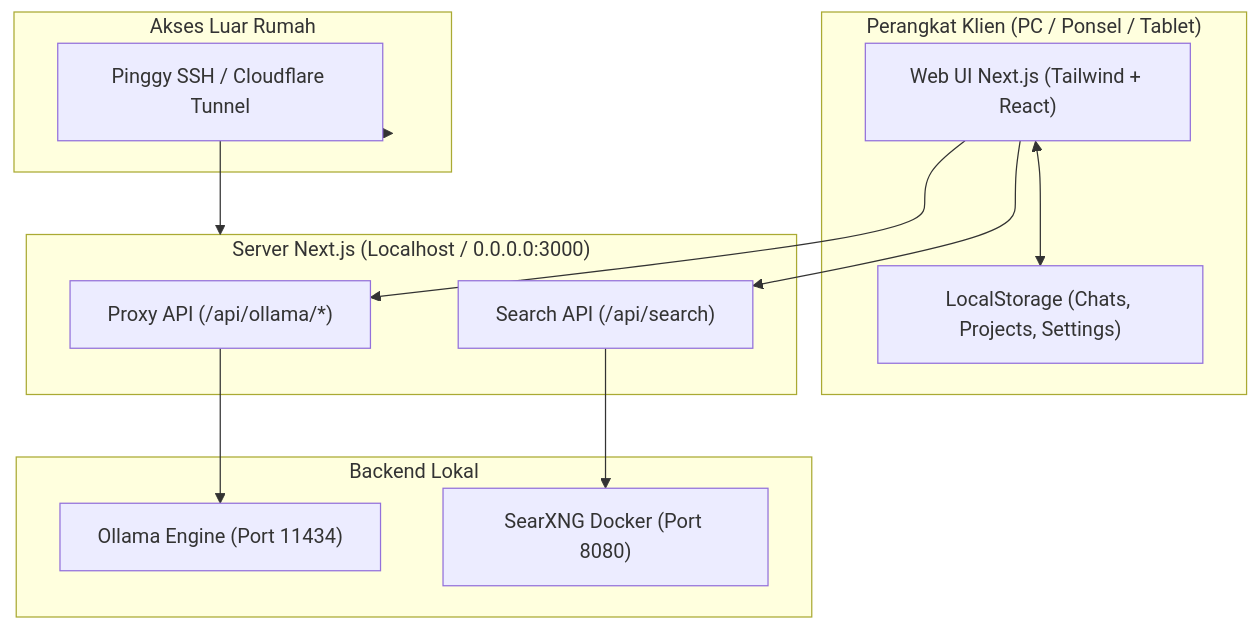
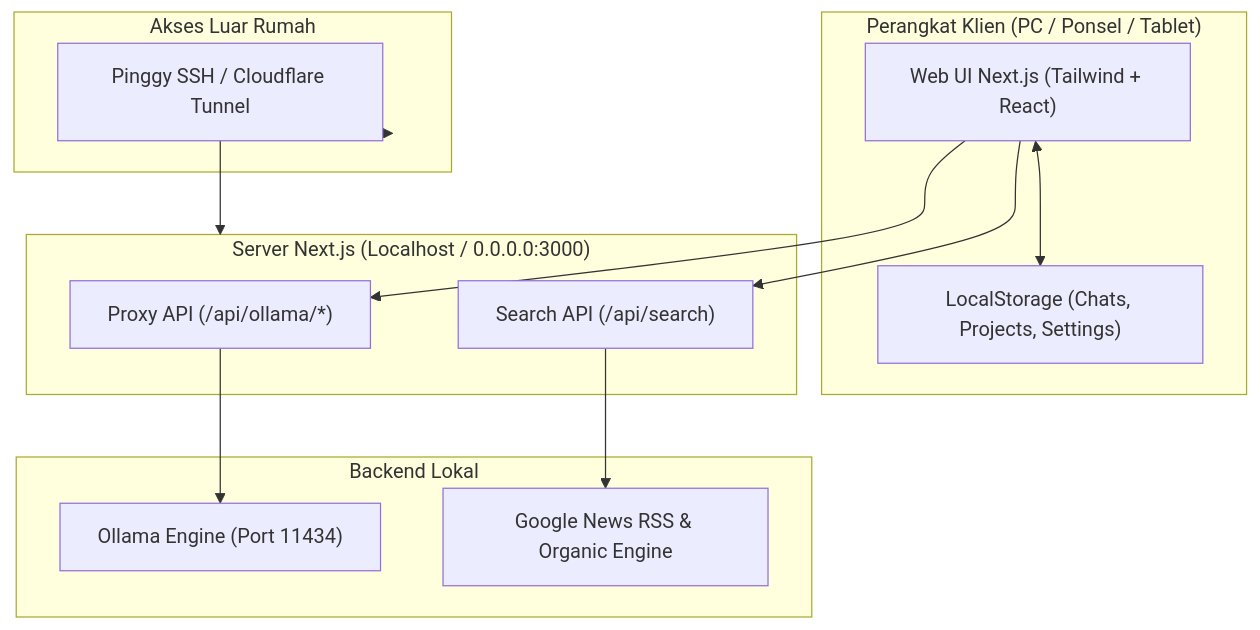
The diagram in DOCUMENTATION.md (p3nr0s3/castalia), drawn with Mermaid before and after one commit. The commit also changed other lines of this file and 10 other files, not shown here.

Commit message:
feat(search): upgrade precision engine with Google News RSS, strip pronouns, and purge SearXNG

````diff
--- a/DOCUMENTATION.md
+++ b/DOCUMENTATION.md
@@ -141,26 +141,26 @@
 ```mermaid
 graph TD
     subgraph Klien ["Perangkat Klien (PC / Ponsel / Tablet)"]
         UI["Web UI Next.js (Tailwind + React)"]
         Storage["LocalStorage (Chats, Projects, Settings)"]
     end
 
     subgraph ServerNext ["Server Next.js (Localhost / 0.0.0.0:3000)"]
         Proxy["Proxy API (/api/ollama/*)"]
         SearchRoute["Search API (/api/search)"]
     end
 
     subgraph BackendLocal ["Backend Lokal"]
         Ollama["Ollama Engine (Port 11434)"]
-        SearXNG["SearXNG Docker (Port 8080)"]
+        WebEngine["Google News RSS & Organic Engine"]
     end
 
     subgraph JaringanLuar ["Akses Luar Rumah"]
         Tunnel["Pinggy SSH / Cloudflare Tunnel"]
     end
 
     UI <--> Storage
     UI --> Proxy --> Ollama
-    UI --> SearchRoute --> SearXNG
+    UI --> SearchRoute --> WebEngine
     JaringanLuar --> Tunnel --> ServerNext
 ```
````
